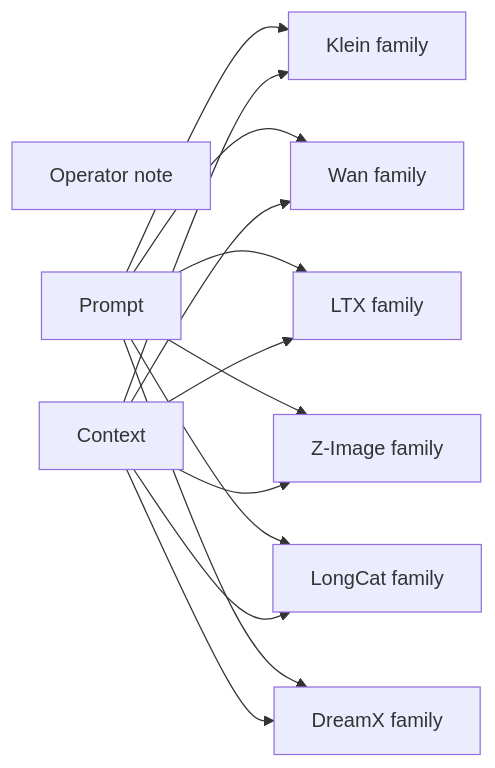
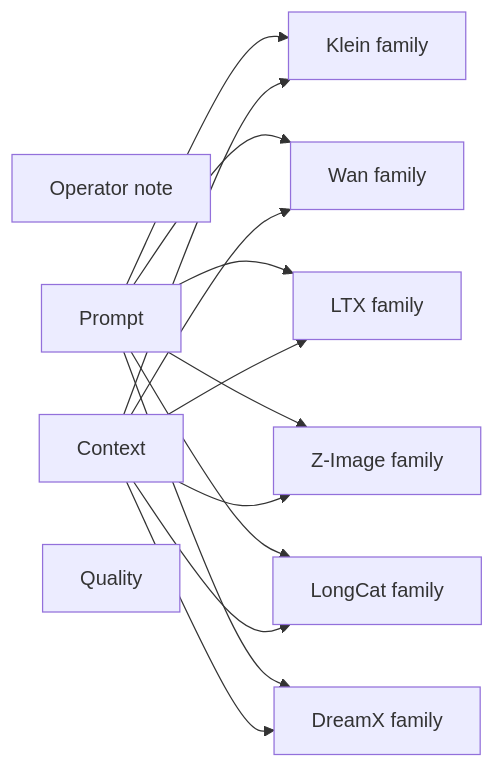
One commit to toxicoder/ez-comfy-stack changed the diagram in docs/generated/workflows/inspire/prompt-forge.md. Above: the diagram before and after it, drawn with Mermaid. The commit also changed other lines of this file and 644 other files, not shown here.

````diff
--- a/docs/generated/workflows/inspire/prompt-forge.md
+++ b/docs/generated/workflows/inspire/prompt-forge.md
@@ -62,24 +62,25 @@
 ```mermaid
 flowchart LR
   N1["Operator note"]
   N5["Prompt"]
   N6["Context"]
   N2["Klein family"]
   N3["Wan family"]
   N4["LTX family"]
   N7["Z-Image family"]
   N8["LongCat family"]
   N9["DreamX family"]
+  N10["Quality"]
   N5 --> N2
   N5 --> N3
   N5 --> N4
   N5 --> N7
   N5 --> N8
   N5 --> N9
   N6 --> N2
   N6 --> N3
   N6 --> N4
   N6 --> N7
   N6 --> N8
   N6 --> N9
 ```
````
